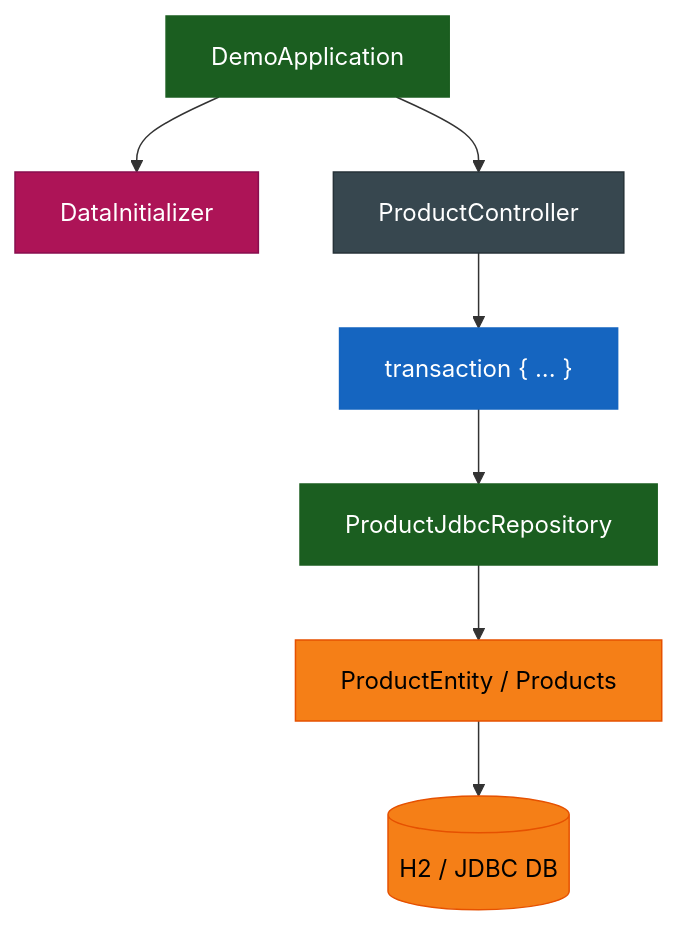
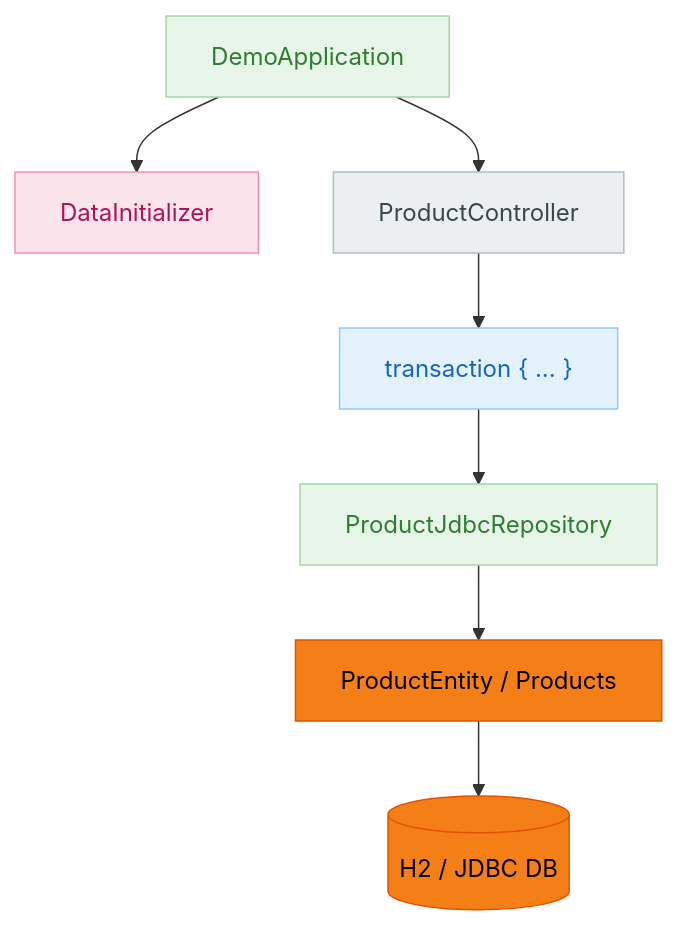
Before and after one commit to bluetape4k/bluetape4k-projects: the second of 2 diagrams in spring-boot3/exposed-jdbc-demo/README.ko.md, drawn with Mermaid. The commit also changed other lines of this file and 219 other files, not shown here.

First line of the commit message:
docs: 전체 README Mermaid 다이어그램 가이드 적용

````diff
--- a/spring-boot3/exposed-jdbc-demo/README.ko.md
+++ b/spring-boot3/exposed-jdbc-demo/README.ko.md
@@ -69,31 +69,31 @@
 ```mermaid
 flowchart TD
     App["DemoApplication"]
     Init["DataInitializer"]
     Controller["ProductController"]
     Service["transaction { ... }"]
     Repo["ProductJdbcRepository"]
     Entity["ProductEntity / Products"]
     DB[("H2 / JDBC DB")]
 
     App --> Init
     App --> Controller
     Controller --> Service
     Service --> Repo
     Repo --> Entity
     Entity --> DB
 
-    classDef coreStyle fill:#1B5E20,stroke:#1B5E20,color:#FFFFFF
-    classDef serviceStyle fill:#1565C0,stroke:#1565C0,color:#FFFFFF
-    classDef extStyle fill:#37474F,stroke:#263238,color:#FFFFFF
+    classDef coreStyle fill:#E8F5E9,stroke:#A5D6A7,color:#2E7D32
+    classDef serviceStyle fill:#E3F2FD,stroke:#90CAF9,color:#1565C0
+    classDef extStyle fill:#ECEFF1,stroke:#B0BEC5,color:#37474F
     classDef dataStyle fill:#F57F17,stroke:#E65100,color:#000000
-    classDef testStyle fill:#AD1457,stroke:#880E4F,color:#FFFFFF
+    classDef testStyle fill:#FCE4EC,stroke:#F48FB1,color:#AD1457
 
     class App coreStyle
     class Init testStyle
     class Controller extStyle
     class Service serviceStyle
     class Repo coreStyle
     class Entity dataStyle
     class DB dataStyle
 ```
````
